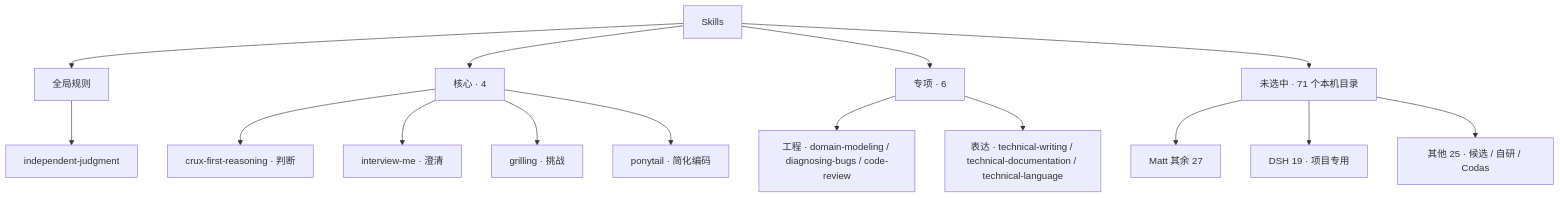
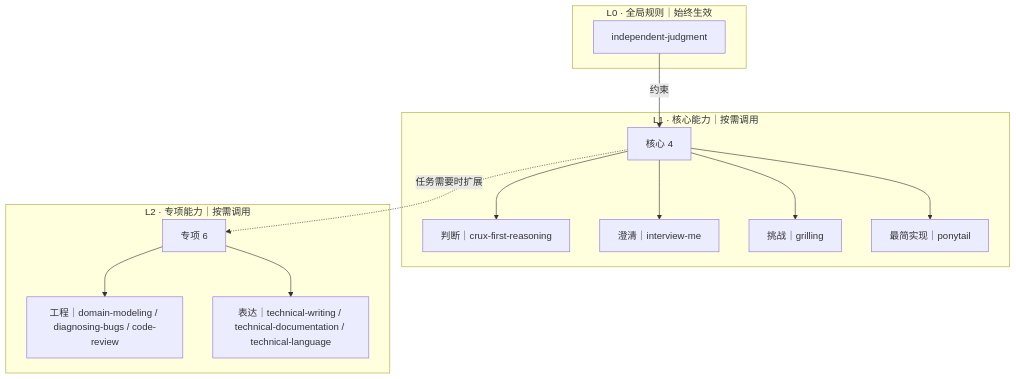
The diagram in README.md (oydodo/skills), drawn with Mermaid before and after one commit. The commit also changed other lines of this file, not shown here.

Commit message:
docs: show true L0-L2 skill hierarchy in README Mermaid

````diff
--- a/README.md
+++ b/README.md
@@ -5,18 +5,23 @@
 ```mermaid
 flowchart TB
-    S["Skills"]
-    S --> G["全局规则"]
-    G --> IJ["independent-judgment"]
-    S --> C["核心 · 4"]
-    C --> CR["crux-first-reasoning · 判断"]
-    C --> IV["interview-me · 澄清"]
-    C --> GR["grilling · 挑战"]
-    C --> PT["ponytail · 简化编码"]
-    S --> T["专项 · 6"]
-    T --> E["工程 · domain-modeling / diagnosing-bugs / code-review"]
-    T --> W["表达 · technical-writing / technical-documentation / technical-language"]
-    S --> X["未选中 · 71 个本机目录"]
-    X --> M["Matt 其余 27"]
-    X --> D["DSH 19 · 项目专用"]
-    X --> O["其他 25 · 候选 / 自研 / Codas"]
+    subgraph L0["L0 · 全局规则｜始终生效"]
+        IJ["independent-judgment"]
+    end
+
+    subgraph L1["L1 · 核心能力｜按需调用"]
+        C["核心 4"]
+        C --> R["判断｜crux-first-reasoning"]
+        C --> I["澄清｜interview-me"]
+        C --> G["挑战｜grilling"]
+        C --> P["最简实现｜ponytail"]
+    end
+
+    subgraph L2["L2 · 专项能力｜按需调用"]
+        S["专项 6"]
+        S --> E["工程｜domain-modeling / diagnosing-bugs / code-review"]
+        S --> W["表达｜technical-writing / technical-documentation / technical-language"]
+    end
+
+    IJ -->|"约束"| C
+    C -. "任务需要时扩展" .-> S
 ```
````
